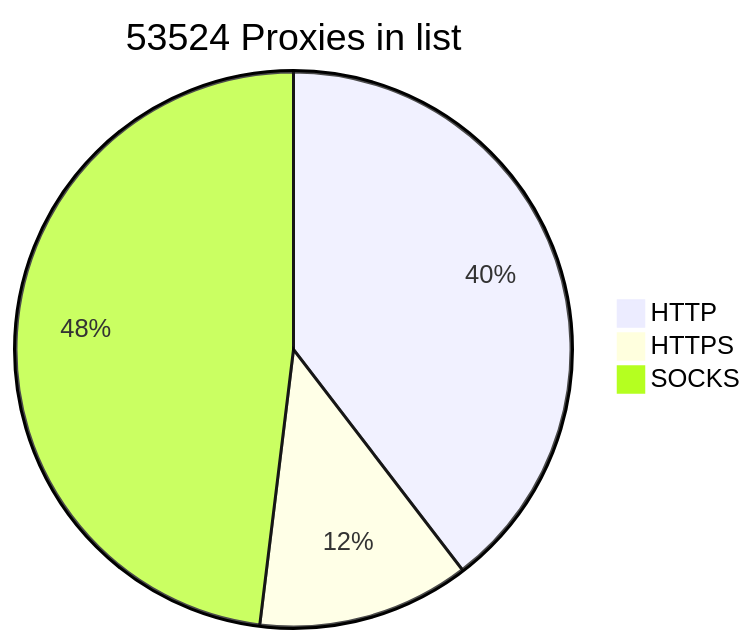
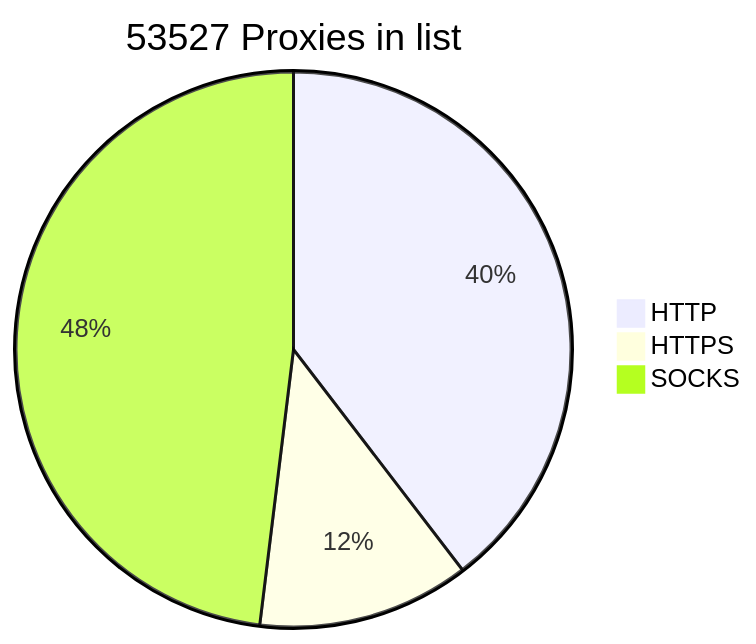
The diagram in README.md (BlackSnowDot/proxylist-update-every-minute), drawn with Mermaid before and after one commit.

````diff
--- a/README.md
+++ b/README.md
@@ -2,6 +2,6 @@
 ```mermaid
-pie title 53524 Proxies in list
+pie title 53527 Proxies in list
     "HTTP" : 23674
-    "HTTPS": 7383
-    "SOCKS" : 28736
+    "HTTPS": 7385
+    "SOCKS" : 28738
 ```
````
